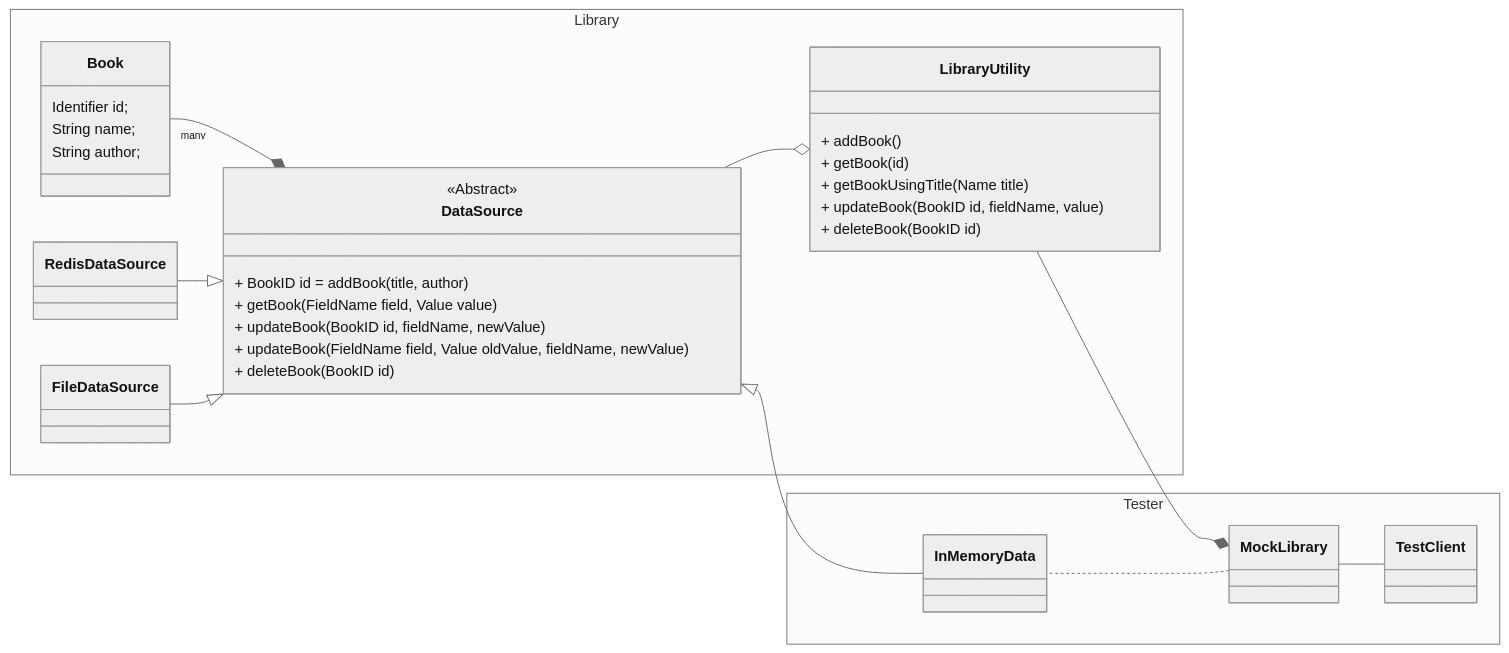
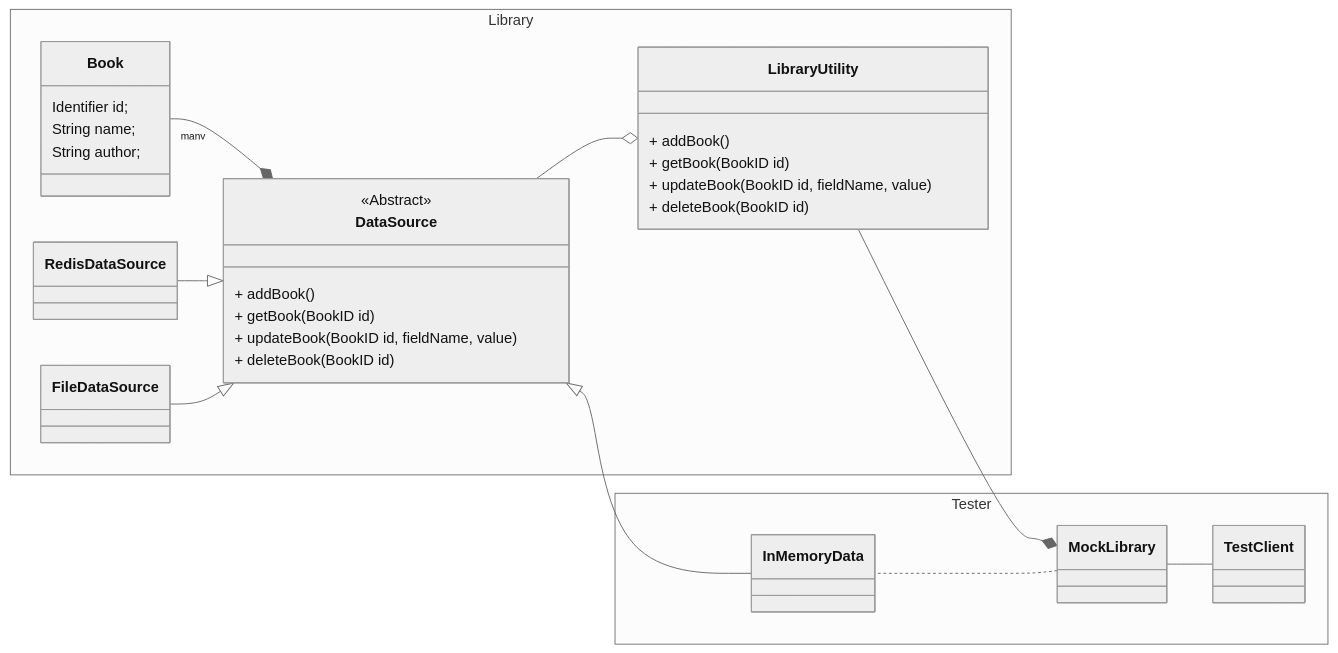
The diagram in README.md (pavithra-ashok/digicert_library), drawn with Mermaid (neutral theme) before and after one commit. The commit also changed other lines of this file, not shown here.

````diff
--- a/README.md
+++ b/README.md
@@ -44,56 +39,55 @@
 ```mermaid
 classDiagram
+
 direction RL
 namespace Library {
      class Book {
         Identifier id;
         String name;
         String author;
 
     }
      class DataSource {
         <<Abstract>>
-      + BookID id = addBook(title, author)
-      + getBook(FieldName field, Value value)
-      + updateBook(BookID id, fieldName, newValue)      
-      + updateBook(FieldName field, Value oldValue, fieldName, newValue)
+      + addBook()
+      + getBook(BookID id)
+      + updateBook(BookID id, fieldName, value)
       + deleteBook(BookID id)
     }
     
     class RedisDataSource {
 
     }
     class FileDataSource {
 
     }
     class LibraryUtility {
       + addBook()
-      + getBook(id)
-      + getBookUsingTitle(Name title)
+      + getBook(BookID id)
       + updateBook(BookID id, fieldName, value)
       + deleteBook(BookID id)
     }
    
 }
 DataSource <|-- FileDataSource
 DataSource <|-- RedisDataSource
 LibraryUtility  o-- DataSource
 DataSource *-- "many" Book
 
 namespace Tester {
  class InMemoryData {
 
     }
     class MockLibrary {
 
     }
     class TestClient {
 
     }
 }
 InMemoryData --|> DataSource
 MockLibrary *-- LibraryUtility
 MockLibrary .. InMemoryData
 TestClient -- MockLibrary
 
 ```
````
